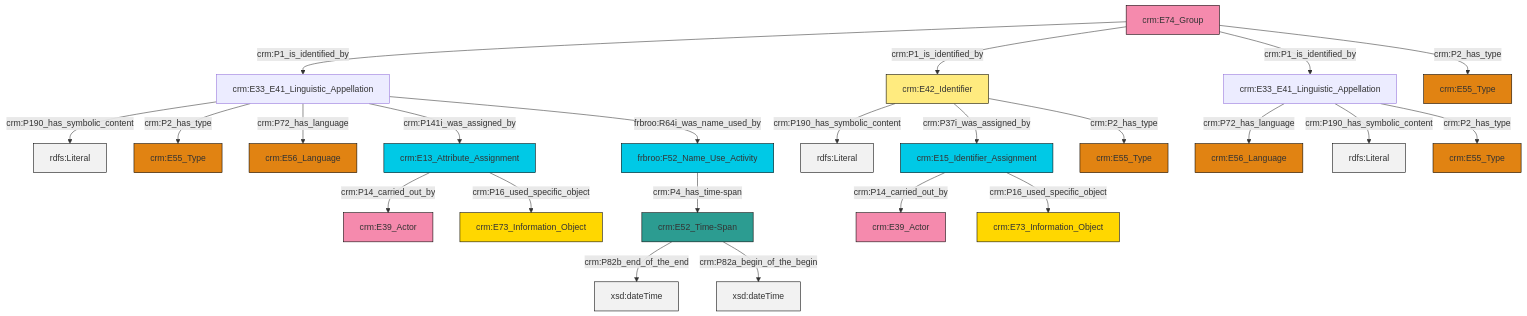
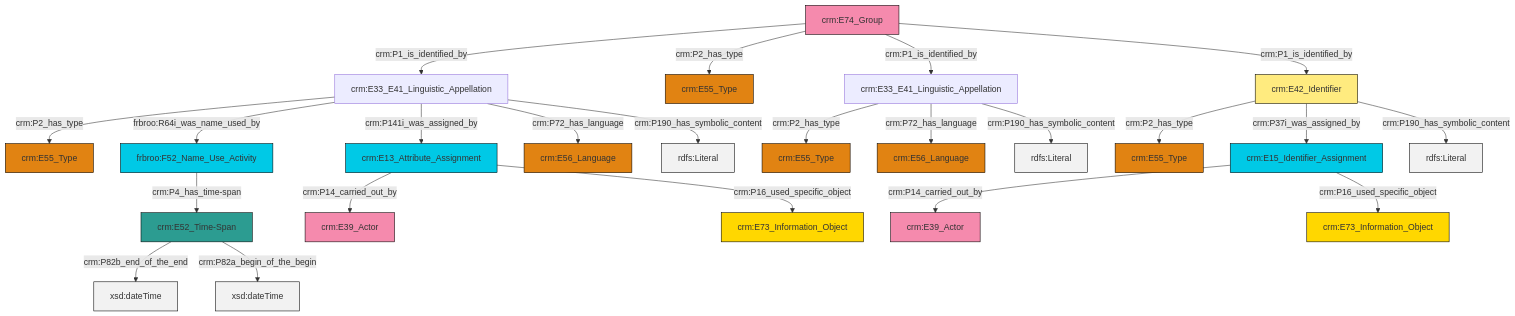
The diagram in et/groupCSV/ttl/mmd/group_name.ttl.mmd (swiss-art-research-net/docs.swissartresearch), drawn with Mermaid before and after one commit. The commit also changed 179 other files, not shown here.

```diff
--- a/et/groupCSV/ttl/mmd/group_name.ttl.mmd
+++ b/et/groupCSV/ttl/mmd/group_name.ttl.mmd
@@ -1,37 +1,37 @@
 graph TD
 classDef Literal fill:#f2f2f2,stroke:#000000;
 classDef CRM_Entity fill:#FFFFFF,stroke:#000000;
 classDef Temporal_Entity fill:#00C9E6, stroke:#000000;
 classDef Type fill:#E18312, stroke:#000000;
 classDef Time-Span fill:#2C9C91, stroke:#000000;
 classDef Appellation fill:#FFEB7F, stroke:#000000;
 classDef Place fill:#008836, stroke:#000000;
 classDef Persistent_Item fill:#B266B2, stroke:#000000;
 classDef Conceptual_Object fill:#FFD700, stroke:#000000;
 classDef Physical_Thing fill:#D2B48C, stroke:#000000;
 classDef Actor fill:#f58aad, stroke:#000000;
 classDef PC_Classes fill:#4ce600, stroke:#000000;
 classDef Multi fill:#cccccc,stroke:#000000;
 
-0["crm:E74_Group"]:::Actor -->|crm:P1_is_identified_by| 4["crm:E33_E41_Linguistic_Appellation"]:::Default
-7["crm:E52_Time-Span"]:::Time-Span -->|crm:P82b_end_of_the_end| 8[xsd:dateTime]:::Literal
-12["crm:E42_Identifier"]:::Appellation -->|crm:P190_has_symbolic_content| 13[rdfs:Literal]:::Literal
-14["crm:E33_E41_Linguistic_Appellation"]:::Default -->|crm:P72_has_language| 15["crm:E56_Language"]:::Type
-7["crm:E52_Time-Span"]:::Time-Span -->|crm:P82a_begin_of_the_begin| 18[xsd:dateTime]:::Literal
-4["crm:E33_E41_Linguistic_Appellation"]:::Default -->|crm:P190_has_symbolic_content| 22[rdfs:Literal]:::Literal
-4["crm:E33_E41_Linguistic_Appellation"]:::Default -->|crm:P2_has_type| 19["crm:E55_Type"]:::Type
-14["crm:E33_E41_Linguistic_Appellation"]:::Default -->|crm:P190_has_symbolic_content| 28[rdfs:Literal]:::Literal
-4["crm:E33_E41_Linguistic_Appellation"]:::Default -->|crm:P72_has_language| 29["crm:E56_Language"]:::Type
-0["crm:E74_Group"]:::Actor -->|crm:P1_is_identified_by| 12["crm:E42_Identifier"]:::Appellation
-16["crm:E13_Attribute_Assignment"]:::Temporal_Entity -->|crm:P14_carried_out_by| 32["crm:E39_Actor"]:::Actor
-33["crm:E15_Identifier_Assignment"]:::Temporal_Entity -->|crm:P14_carried_out_by| 2["crm:E39_Actor"]:::Actor
-5["frbroo:F52_Name_Use_Activity"]:::Temporal_Entity -->|crm:P4_has_time-span| 7["crm:E52_Time-Span"]:::Time-Span
-16["crm:E13_Attribute_Assignment"]:::Temporal_Entity -->|crm:P16_used_specific_object| 30["crm:E73_Information_Object"]:::Conceptual_Object
-0["crm:E74_Group"]:::Actor -->|crm:P1_is_identified_by| 14["crm:E33_E41_Linguistic_Appellation"]:::Default
-0["crm:E74_Group"]:::Actor -->|crm:P2_has_type| 9["crm:E55_Type"]:::Type
-12["crm:E42_Identifier"]:::Appellation -->|crm:P37i_was_assigned_by| 33["crm:E15_Identifier_Assignment"]:::Temporal_Entity
-33["crm:E15_Identifier_Assignment"]:::Temporal_Entity -->|crm:P16_used_specific_object| 23["crm:E73_Information_Object"]:::Conceptual_Object
-14["crm:E33_E41_Linguistic_Appellation"]:::Default -->|crm:P2_has_type| 25["crm:E55_Type"]:::Type
-4["crm:E33_E41_Linguistic_Appellation"]:::Default -->|crm:P141i_was_assigned_by| 16["crm:E13_Attribute_Assignment"]:::Temporal_Entity
-12["crm:E42_Identifier"]:::Appellation -->|crm:P2_has_type| 35["crm:E55_Type"]:::Type
-4["crm:E33_E41_Linguistic_Appellation"]:::Default -->|frbroo:R64i_was_name_used_by| 5["frbroo:F52_Name_Use_Activity"]:::Temporal_Entity
+0["crm:E13_Attribute_Assignment"]:::Temporal_Entity -->|crm:P14_carried_out_by| 1["crm:E39_Actor"]:::Actor
+2["crm:E74_Group"]:::Actor -->|crm:P1_is_identified_by| 3["crm:E33_E41_Linguistic_Appellation"]:::Default
+3["crm:E33_E41_Linguistic_Appellation"]:::Default -->|crm:P2_has_type| 4["crm:E55_Type"]:::Type
+6["crm:E42_Identifier"]:::Appellation -->|crm:P2_has_type| 7["crm:E55_Type"]:::Type
+6["crm:E42_Identifier"]:::Appellation -->|crm:P37i_was_assigned_by| 8["crm:E15_Identifier_Assignment"]:::Temporal_Entity
+8["crm:E15_Identifier_Assignment"]:::Temporal_Entity -->|crm:P14_carried_out_by| 9["crm:E39_Actor"]:::Actor
+3["crm:E33_E41_Linguistic_Appellation"]:::Default -->|frbroo:R64i_was_name_used_by| 10["frbroo:F52_Name_Use_Activity"]:::Temporal_Entity
+3["crm:E33_E41_Linguistic_Appellation"]:::Default -->|crm:P141i_was_assigned_by| 0["crm:E13_Attribute_Assignment"]:::Temporal_Entity
+2["crm:E74_Group"]:::Actor -->|crm:P2_has_type| 14["crm:E55_Type"]:::Type
+2["crm:E74_Group"]:::Actor -->|crm:P1_is_identified_by| 17["crm:E33_E41_Linguistic_Appellation"]:::Default
+21["crm:E52_Time-Span"]:::Time-Span -->|crm:P82b_end_of_the_end| 22[xsd:dateTime]:::Literal
+0["crm:E13_Attribute_Assignment"]:::Temporal_Entity -->|crm:P16_used_specific_object| 23["crm:E73_Information_Object"]:::Conceptual_Object
+3["crm:E33_E41_Linguistic_Appellation"]:::Default -->|crm:P72_has_language| 15["crm:E56_Language"]:::Type
+17["crm:E33_E41_Linguistic_Appellation"]:::Default -->|crm:P2_has_type| 28["crm:E55_Type"]:::Type
+3["crm:E33_E41_Linguistic_Appellation"]:::Default -->|crm:P190_has_symbolic_content| 31[rdfs:Literal]:::Literal
+6["crm:E42_Identifier"]:::Appellation -->|crm:P190_has_symbolic_content| 32[rdfs:Literal]:::Literal
+17["crm:E33_E41_Linguistic_Appellation"]:::Default -->|crm:P72_has_language| 19["crm:E56_Language"]:::Type
+21["crm:E52_Time-Span"]:::Time-Span -->|crm:P82a_begin_of_the_begin| 37[xsd:dateTime]:::Literal
+10["frbroo:F52_Name_Use_Activity"]:::Temporal_Entity -->|crm:P4_has_time-span| 21["crm:E52_Time-Span"]:::Time-Span
+2["crm:E74_Group"]:::Actor -->|crm:P1_is_identified_by| 6["crm:E42_Identifier"]:::Appellation
+17["crm:E33_E41_Linguistic_Appellation"]:::Default -->|crm:P190_has_symbolic_content| 38[rdfs:Literal]:::Literal
+8["crm:E15_Identifier_Assignment"]:::Temporal_Entity -->|crm:P16_used_specific_object| 24["crm:E73_Information_Object"]:::Conceptual_Object
```
